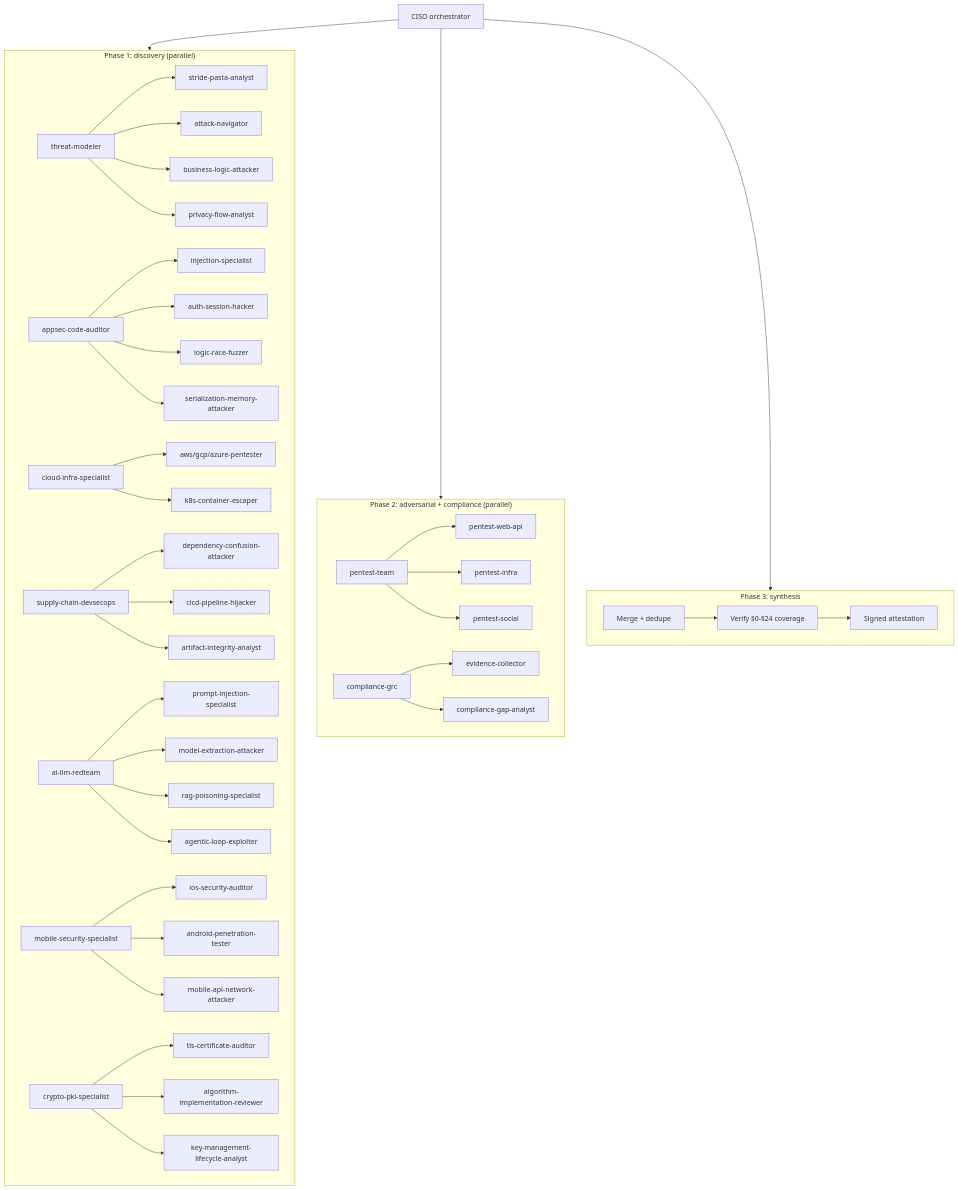
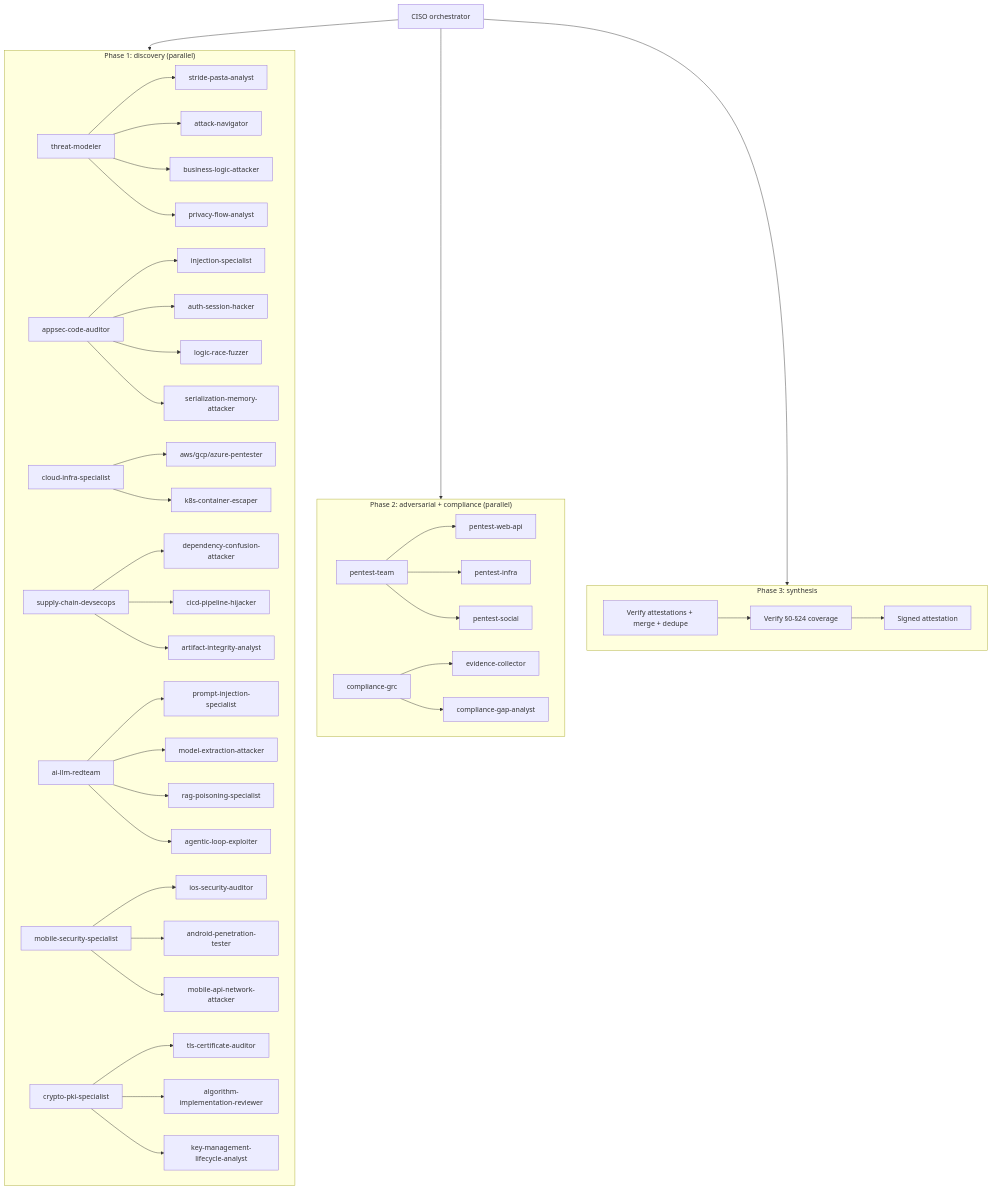
One commit to AbrahamOO/security-mcp changed the third of 5 diagrams in README.md. Above: the diagram before and after it, drawn with Mermaid. The commit also changed other lines of this file and 7 other files, not shown here.

````diff
--- a/README.md
+++ b/README.md
@@ -148,25 +148,25 @@
 ```mermaid
 graph TD
   ORCH["CISO orchestrator"] --> P1
   ORCH --> P2
   ORCH --> P3
 
   subgraph P1["Phase 1: discovery (parallel)"]
     TM["threat-modeler"] --> TM1["stride-pasta-analyst"] & TM2["attack-navigator"] & TM3["business-logic-attacker"] & TM4["privacy-flow-analyst"]
     AC["appsec-code-auditor"] --> AC1["injection-specialist"] & AC2["auth-session-hacker"] & AC3["logic-race-fuzzer"] & AC4["serialization-memory-attacker"]
     CI["cloud-infra-specialist"] --> CI1["aws/gcp/azure-pentester"] & CI2["k8s-container-escaper"]
     SD["supply-chain-devsecops"] --> SD1["dependency-confusion-attacker"] & SD2["cicd-pipeline-hijacker"] & SD3["artifact-integrity-analyst"]
     AI["ai-llm-redteam"] --> AI1["prompt-injection-specialist"] & AI2["model-extraction-attacker"] & AI3["rag-poisoning-specialist"] & AI4["agentic-loop-exploiter"]
     MB["mobile-security-specialist"] --> MB1["ios-security-auditor"] & MB2["android-penetration-tester"] & MB3["mobile-api-network-attacker"]
     CR["crypto-pki-specialist"] --> CR1["tls-certificate-auditor"] & CR2["algorithm-implementation-reviewer"] & CR3["key-management-lifecycle-analyst"]
   end
 
   subgraph P2["Phase 2: adversarial + compliance (parallel)"]
     PT["pentest-team"] --> PT1["pentest-web-api"] & PT2["pentest-infra"] & PT3["pentest-social"]
     GRC["compliance-grc"] --> GRC1["evidence-collector"] & GRC2["compliance-gap-analyst"]
   end
 
   subgraph P3["Phase 3: synthesis"]
-    M["Merge + dedupe"] --> V["Verify §0-§24 coverage"] --> A["Signed attestation"]
+    M["Verify attestations + merge + dedupe"] --> V["Verify §0-§24 coverage"] --> A["Signed attestation"]
   end
 ```
````
